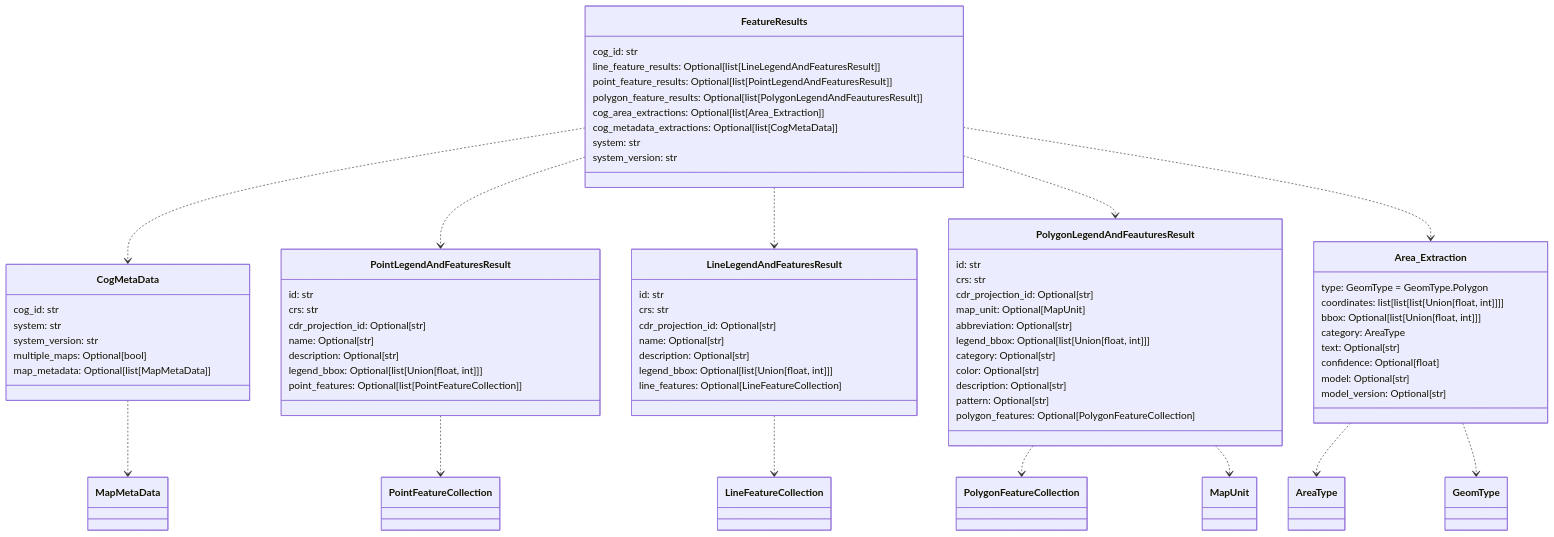
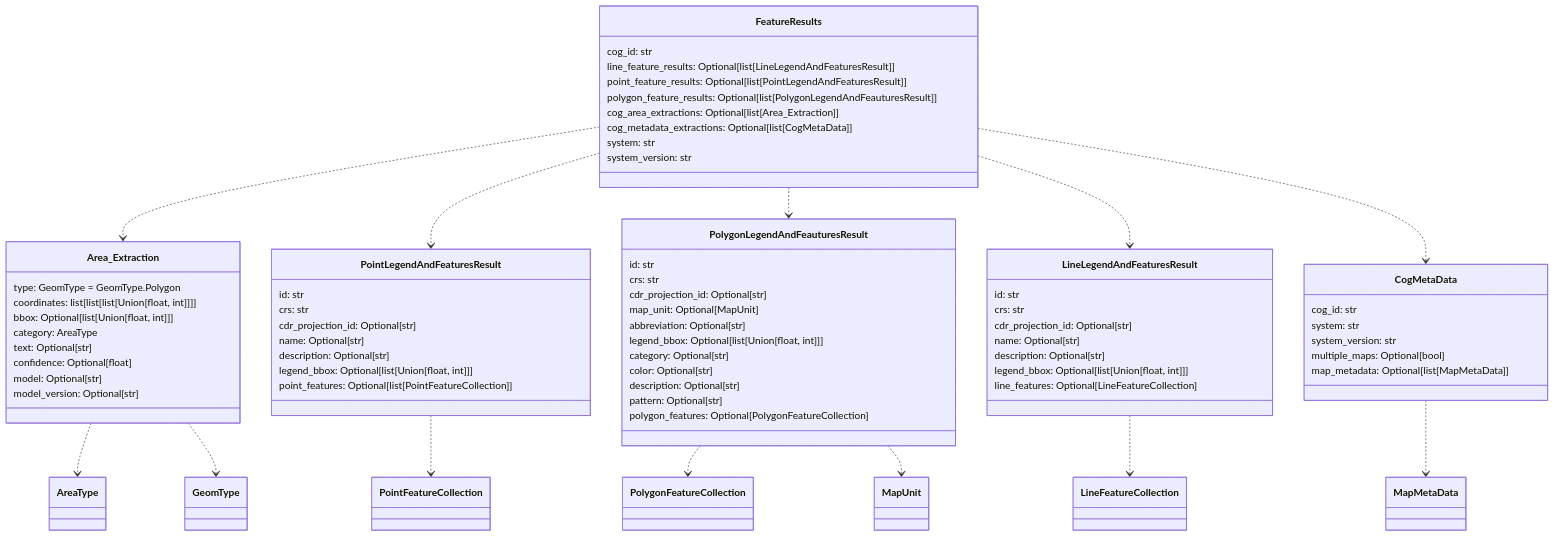
The fourth of 12 diagrams in README.md (DARPA-CRITICALMAAS/cdr_schemas), drawn with Mermaid before and after one commit. The commit also changed other lines of this file and 4 other files, not shown here.

````diff
--- a/README.md
+++ b/README.md
@@ -235,82 +251,82 @@
 ```mermaid
 classDiagram
 
-    class CogMetaData {
-        cog_id: str
-        system: str
-        system_version: str
-        multiple_maps: Optional[bool]
-        map_metadata: Optional[list[MapMetaData]]
+    class Area_Extraction {
+        type: GeomType = GeomType.Polygon
+        coordinates: list[list[list[Union[float, int]]]]
+        bbox: Optional[list[Union[float, int]]]
+        category: AreaType
+        text: Optional[str]
+        confidence: Optional[float]
+        model: Optional[str]
+        model_version: Optional[str]
     }
 
     class PointLegendAndFeaturesResult {
         id: str
         crs: str
         cdr_projection_id: Optional[str]
         name: Optional[str]
         description: Optional[str]
         legend_bbox: Optional[list[Union[float, int]]]
         point_features: Optional[list[PointFeatureCollection]]
-    }
-
-    class FeatureResults {
-        cog_id: str
-        line_feature_results: Optional[list[LineLegendAndFeaturesResult]]
-        point_feature_results: Optional[list[PointLegendAndFeaturesResult]]
-        polygon_feature_results: Optional[list[PolygonLegendAndFeauturesResult]]
-        cog_area_extractions: Optional[list[Area_Extraction]]
-        cog_metadata_extractions: Optional[list[CogMetaData]]
-        system: str
-        system_version: str
-    }
-
-    class LineLegendAndFeaturesResult {
-        id: str
-        crs: str
-        cdr_projection_id: Optional[str]
-        name: Optional[str]
-        description: Optional[str]
-        legend_bbox: Optional[list[Union[float, int]]]
-        line_features: Optional[LineFeatureCollection]
     }
 
     class PolygonLegendAndFeauturesResult {
         id: str
         crs: str
         cdr_projection_id: Optional[str]
         map_unit: Optional[MapUnit]
         abbreviation: Optional[str]
         legend_bbox: Optional[list[Union[float, int]]]
         category: Optional[str]
         color: Optional[str]
         description: Optional[str]
         pattern: Optional[str]
         polygon_features: Optional[PolygonFeatureCollection]
     }
 
-    class Area_Extraction {
-        type: GeomType = GeomType.Polygon
-        coordinates: list[list[list[Union[float, int]]]]
-        bbox: Optional[list[Union[float, int]]]
-        category: AreaType
-        text: Optional[str]
-        confidence: Optional[float]
-        model: Optional[str]
-        model_version: Optional[str]
+    class LineLegendAndFeaturesResult {
+        id: str
+        crs: str
+        cdr_projection_id: Optional[str]
+        name: Optional[str]
+        description: Optional[str]
+        legend_bbox: Optional[list[Union[float, int]]]
+        line_features: Optional[LineFeatureCollection]
+    }
+
+    class FeatureResults {
+        cog_id: str
+        line_feature_results: Optional[list[LineLegendAndFeaturesResult]]
+        point_feature_results: Optional[list[PointLegendAndFeaturesResult]]
+        polygon_feature_results: Optional[list[PolygonLegendAndFeauturesResult]]
+        cog_area_extractions: Optional[list[Area_Extraction]]
+        cog_metadata_extractions: Optional[list[CogMetaData]]
+        system: str
+        system_version: str
+    }
+
+    class CogMetaData {
+        cog_id: str
+        system: str
+        system_version: str
+        multiple_maps: Optional[bool]
+        map_metadata: Optional[list[MapMetaData]]
     }
 
     Area_Extraction ..> AreaType
     Area_Extraction ..> GeomType
     LineLegendAndFeaturesResult ..> LineFeatureCollection
     PointLegendAndFeaturesResult ..> PointFeatureCollection
     PolygonLegendAndFeauturesResult ..> PolygonFeatureCollection
     PolygonLegendAndFeauturesResult ..> MapUnit
     CogMetaData ..> MapMetaData
+    FeatureResults ..> Area_Extraction
+    FeatureResults ..> PointLegendAndFeaturesResult
+    FeatureResults ..> PolygonLegendAndFeauturesResult
+    FeatureResults ..> LineLegendAndFeaturesResult
     FeatureResults ..> CogMetaData
-    FeatureResults ..> PointLegendAndFeaturesResult
-    FeatureResults ..> LineLegendAndFeaturesResult
-    FeatureResults ..> PolygonLegendAndFeauturesResult
-    FeatureResults ..> Area_Extraction
 
 
 ```
````
